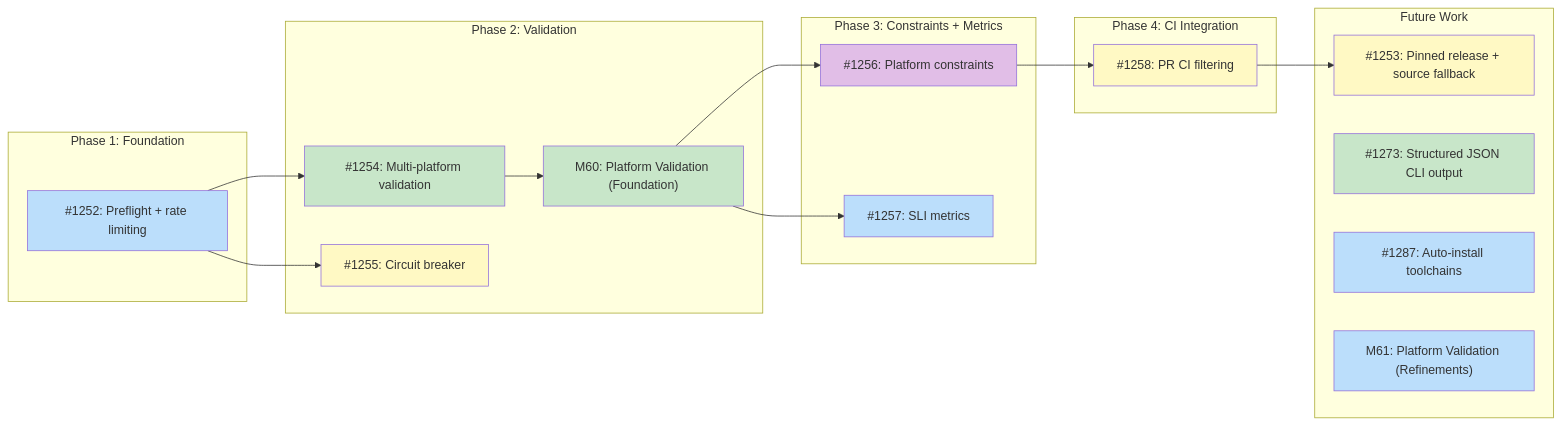
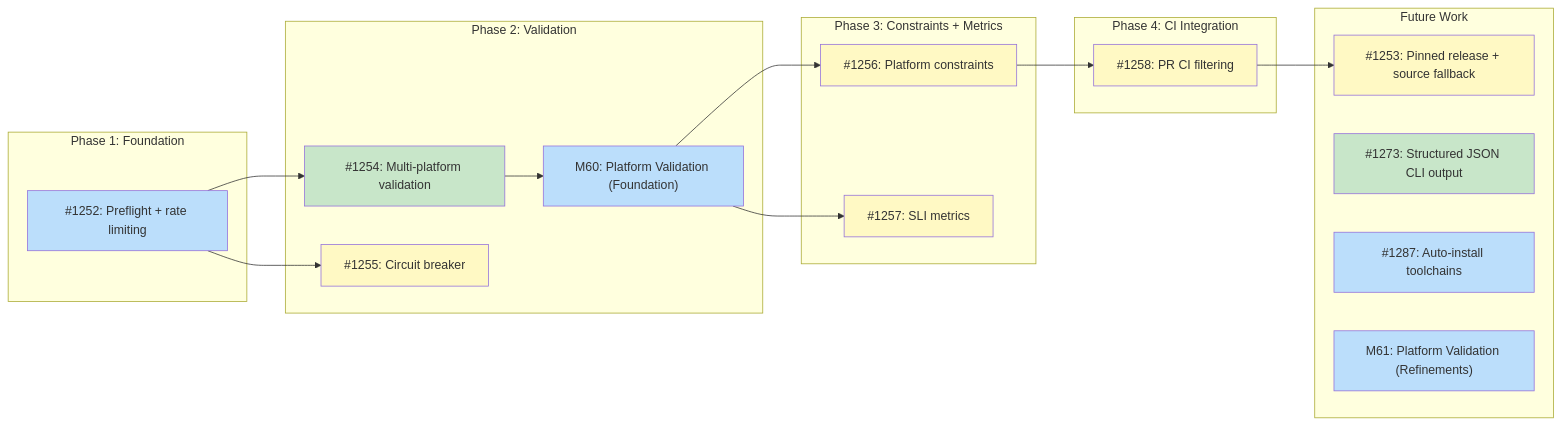
The diagram in docs/designs/DESIGN-batch-recipe-generation.md (tsukumogami/tsuku), drawn with Mermaid before and after one commit.

Commit message:
docs(design): fix diagram classes to match GitHub state
M60 is still open (issues close on merge), so it stays ready.
Downstream issues #1256 and #1257 stay blocked by M60.

````diff
--- a/docs/designs/DESIGN-batch-recipe-generation.md
+++ b/docs/designs/DESIGN-batch-recipe-generation.md
@@ -32,48 +32,48 @@
 ```mermaid
 graph LR
     subgraph Phase1["Phase 1: Foundation"]
         I1252["#1252: Preflight + rate limiting"]
     end
 
     subgraph Phase2["Phase 2: Validation"]
         I1254["#1254: Multi-platform validation"]
         I1255["#1255: Circuit breaker"]
         M60["M60: Platform Validation (Foundation)"]
     end
 
     subgraph Phase3["Phase 3: Constraints + Metrics"]
         I1256["#1256: Platform constraints"]
         I1257["#1257: SLI metrics"]
     end
 
     subgraph Phase4["Phase 4: CI Integration"]
         I1258["#1258: PR CI filtering"]
     end
 
     subgraph Future["Future Work"]
         I1253["#1253: Pinned release + source fallback"]
         I1273["#1273: Structured JSON CLI output"]
         I1287["#1287: Auto-install toolchains"]
         M61["M61: Platform Validation (Refinements)"]
     end
 
     I1252 --> I1254
     I1252 --> I1255
     I1254 --> M60
     M60 --> I1256
     M60 --> I1257
     I1256 --> I1258
     I1258 --> I1253
 
     classDef done fill:#c8e6c9
     classDef ready fill:#bbdefb
     classDef blocked fill:#fff9c4
     classDef needsDesign fill:#e1bee7
 
     class I1252 ready
     class I1253 blocked
-    class I1254,I1273,M60 done
-    class I1287,I1257,M61 ready
-    class I1256 needsDesign
-    class I1255,I1258 blocked
+    class I1254,I1273 done
+    class I1252,I1287,M61 ready
+    class M60 ready
+    class I1255,I1256,I1257,I1258 blocked
 ```
````
